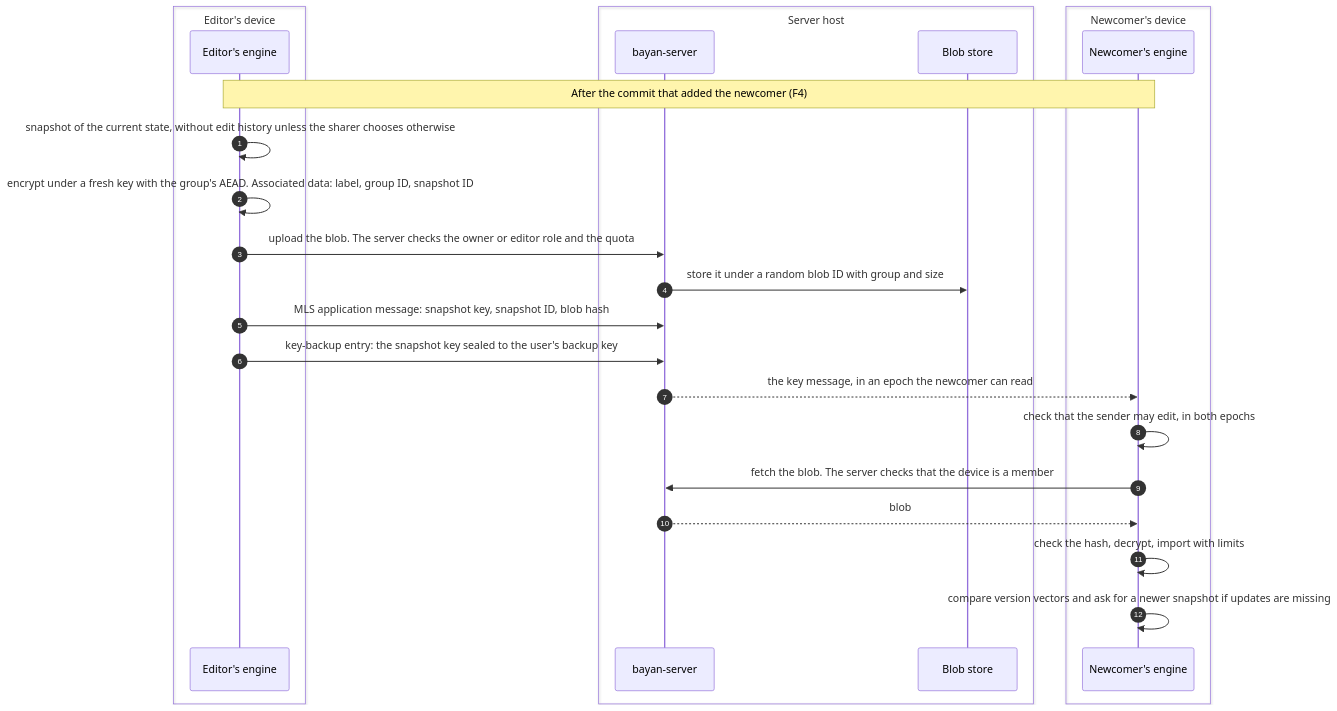
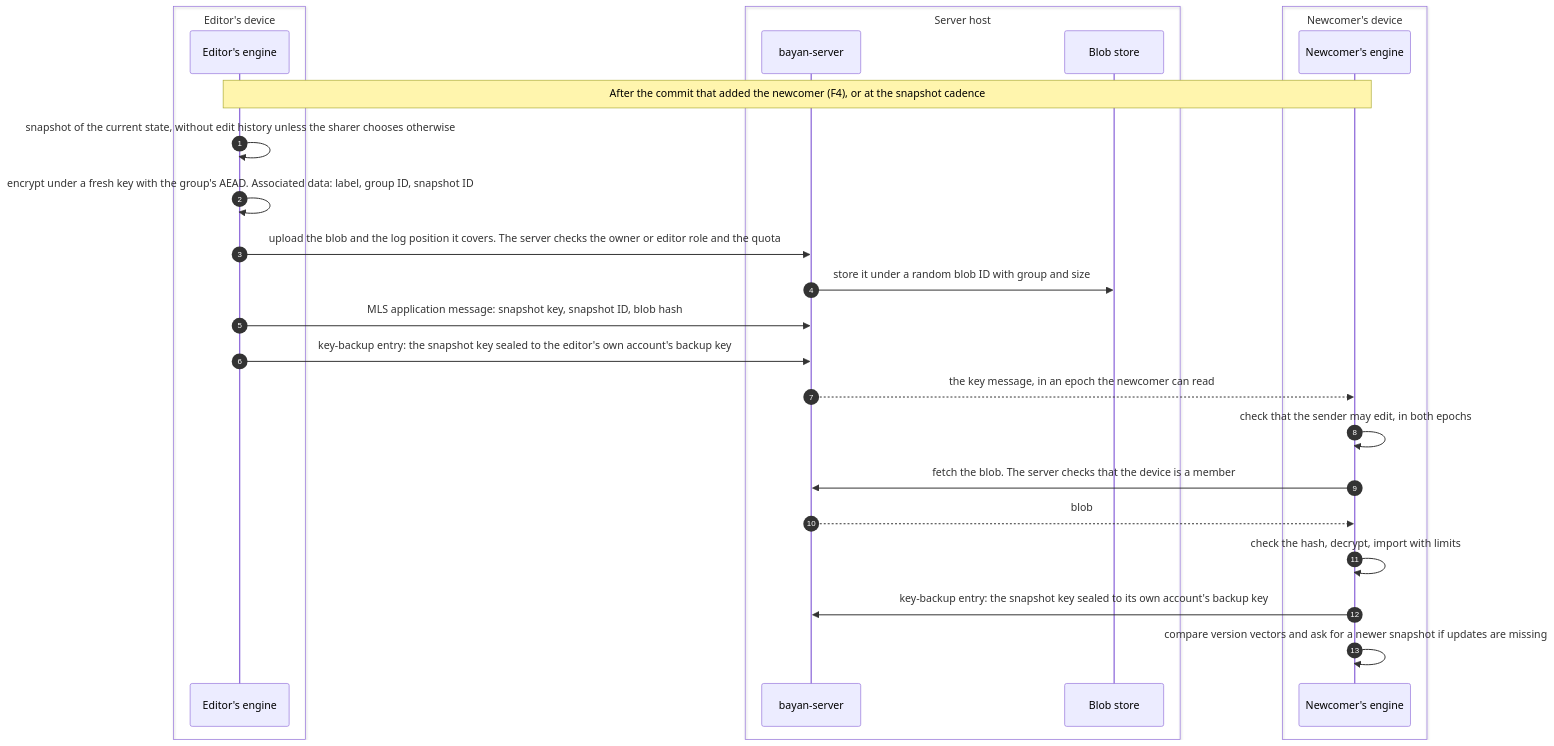
One commit to BayanDocs/docs changed diagram 11 of 21 in specs/threat-model.md. Above: the diagram before and after it, drawn with Mermaid. The commit also changed other lines of this file and 1 other file, not shown here.

First line of the commit message:
docs(specs): revise threat model v1 and Phase-1 server drafts after review (SRV-003)

````diff
--- a/specs/threat-model.md
+++ b/specs/threat-model.md
@@ -653,27 +727,28 @@
 ```mermaid
 sequenceDiagram
   autonumber
   box Editor's device
     participant ED as Editor's engine
   end
   box Server host
     participant S as bayan-server
     participant BL as Blob store
   end
   box Newcomer's device
     participant N as Newcomer's engine
   end
-  Note over ED,N: After the commit that added the newcomer (F4)
+  Note over ED,N: After the commit that added the newcomer (F4), or at the snapshot cadence
   ED->>ED: snapshot of the current state, without edit history unless the sharer chooses otherwise
   ED->>ED: encrypt under a fresh key with the group's AEAD. Associated data: label, group ID, snapshot ID
-  ED->>S: upload the blob. The server checks the owner or editor role and the quota
+  ED->>S: upload the blob and the log position it covers. The server checks the owner or editor role and the quota
   S->>BL: store it under a random blob ID with group and size
   ED->>S: MLS application message: snapshot key, snapshot ID, blob hash
-  ED->>S: key-backup entry: the snapshot key sealed to the user's backup key
+  ED->>S: key-backup entry: the snapshot key sealed to the editor's own account's backup key
   S-->>N: the key message, in an epoch the newcomer can read
   N->>N: check that the sender may edit, in both epochs
   N->>S: fetch the blob. The server checks that the device is a member
   S-->>N: blob
   N->>N: check the hash, decrypt, import with limits
+  N->>S: key-backup entry: the snapshot key sealed to its own account's backup key
   N->>N: compare version vectors and ask for a newer snapshot if updates are missing
 ```
````
